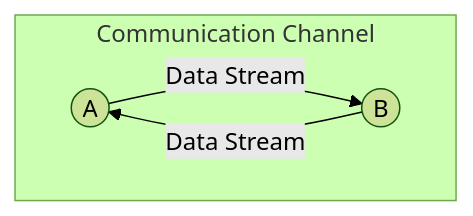
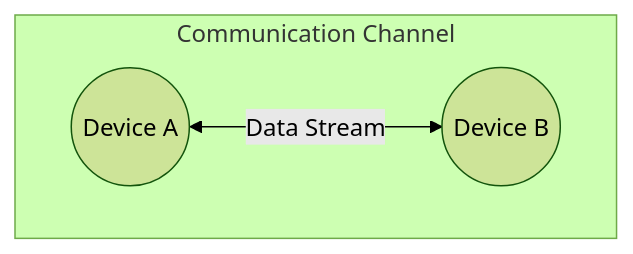
The diagram in 11.md (aswath0001/Internet-Networking), drawn with Mermaid (forest theme) before and after one commit. The commit also changed other lines of this file, not shown here.

````diff
--- a/11.md
+++ b/11.md
@@ -16,8 +35,6 @@
 ```mermaid
 graph TD
-  
     subgraph Communication Channel
-        A((A)) -->|Data Stream| B((B))
-        B -->|Data Stream| A
+        A((Device A)) <-->|Data Stream| B((Device B))
     end
 ```
````
